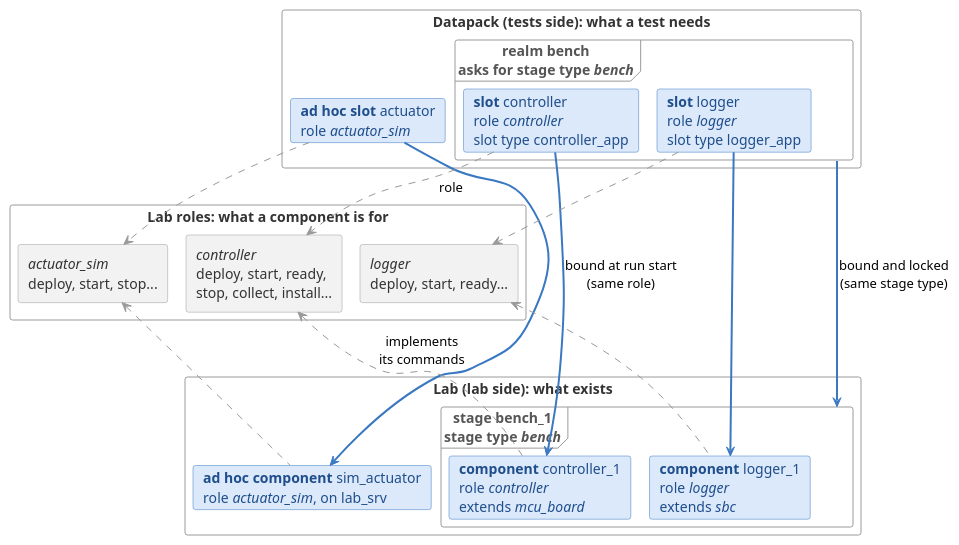
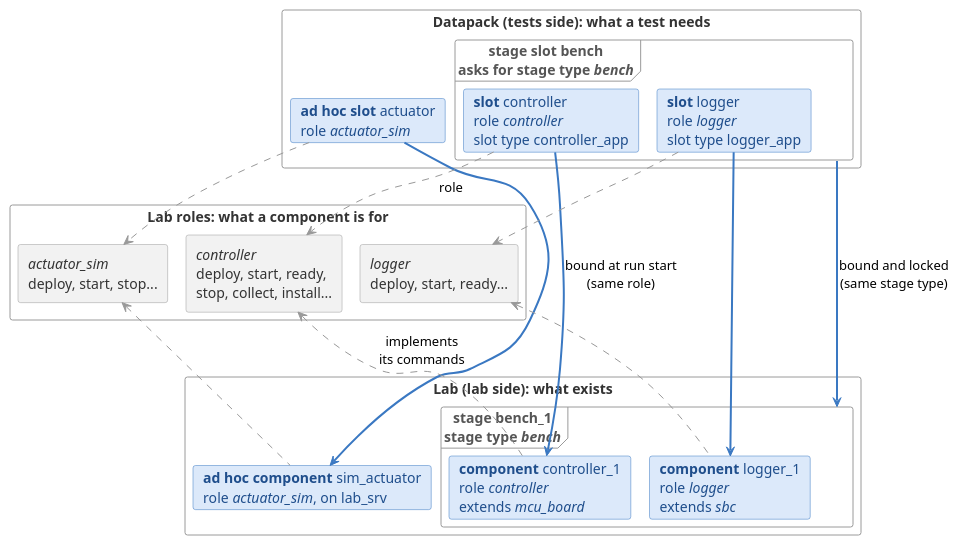
The diagram in docs/diagrams/concepts.puml (laurentmldev/testsuit), drawn with PlantUML before and after one commit. The commit also changed 39 other files, not shown here.

```diff
--- a/docs/diagrams/concepts.puml
+++ b/docs/diagrams/concepts.puml
@@ -1,53 +1,53 @@
 @startuml concepts
 !pragma layout smetana
 skinparam shadowing false
 skinparam defaultFontName Helvetica
 skinparam ArrowColor #555555
 skinparam rectangle {
   BorderColor #9A9A9A
   FontColor #333333
 }
 skinparam card {
   BorderColor #3A78C2
   BackgroundColor #DCE9FA
   FontColor #1F4E8C
 }
 skinparam frame {
   BorderColor #9A9A9A
   FontColor #555555
 }
 
 rectangle "**Datapack** (tests side): what a test needs" as dp #FFFFFF {
-  frame "**realm** bench\nasks for stage type //bench//" as realm {
+  frame "**stage slot** bench\nasks for stage type //bench//" as stage_slot {
     card "**slot** controller\nrole //controller//\nslot type controller_app" as s_pilot
     card "**slot** logger\nrole //logger//\nslot type logger_app" as s_tm
   }
   card "**ad hoc slot** actuator\nrole //actuator_sim//" as s_prop
 }
 
 rectangle "**Lab roles**: what a component is for" as roles #FFFFFF {
   rectangle "//controller//\ndeploy, start, ready,\nstop, collect, install..." as r_pilot #F2F2F2
   rectangle "//logger//\ndeploy, start, ready..." as r_tm #F2F2F2
   rectangle "//actuator_sim//\ndeploy, start, stop..." as r_prop #F2F2F2
 }
 
 rectangle "**Lab** (lab side): what exists" as lab #FFFFFF {
   frame "**stage** bench_1\nstage type //bench//" as stage {
     card "**component** controller_1\nrole //controller//\nextends //mcu_board//" as c_pilot
     card "**component** logger_1\nrole //logger//\nextends //sbc//" as c_tm
   }
   card "**ad hoc component** sim_actuator\nrole //actuator_sim//, on lab_srv" as c_prop
 }
 
 s_pilot -[#3A78C2,bold]-> c_pilot : bound at run start\n(same role)
 s_tm -[#3A78C2,bold]-> c_tm
 s_prop -[#3A78C2,bold]-> c_prop
-realm .[#3A78C2,bold].> stage : bound and locked\n(same stage type)
+stage_slot .[#3A78C2,bold].> stage : bound and locked\n(same stage type)
 
 s_pilot -[#999999,dashed]-> r_pilot : role
 r_pilot <-[#999999,dashed]- c_pilot : implements\nits commands
 s_tm -[#999999,dashed]-> r_tm
 r_tm <-[#999999,dashed]- c_tm
 s_prop -[#999999,dashed]-> r_prop
 r_prop <-[#999999,dashed]- c_prop
 @enduml
```
